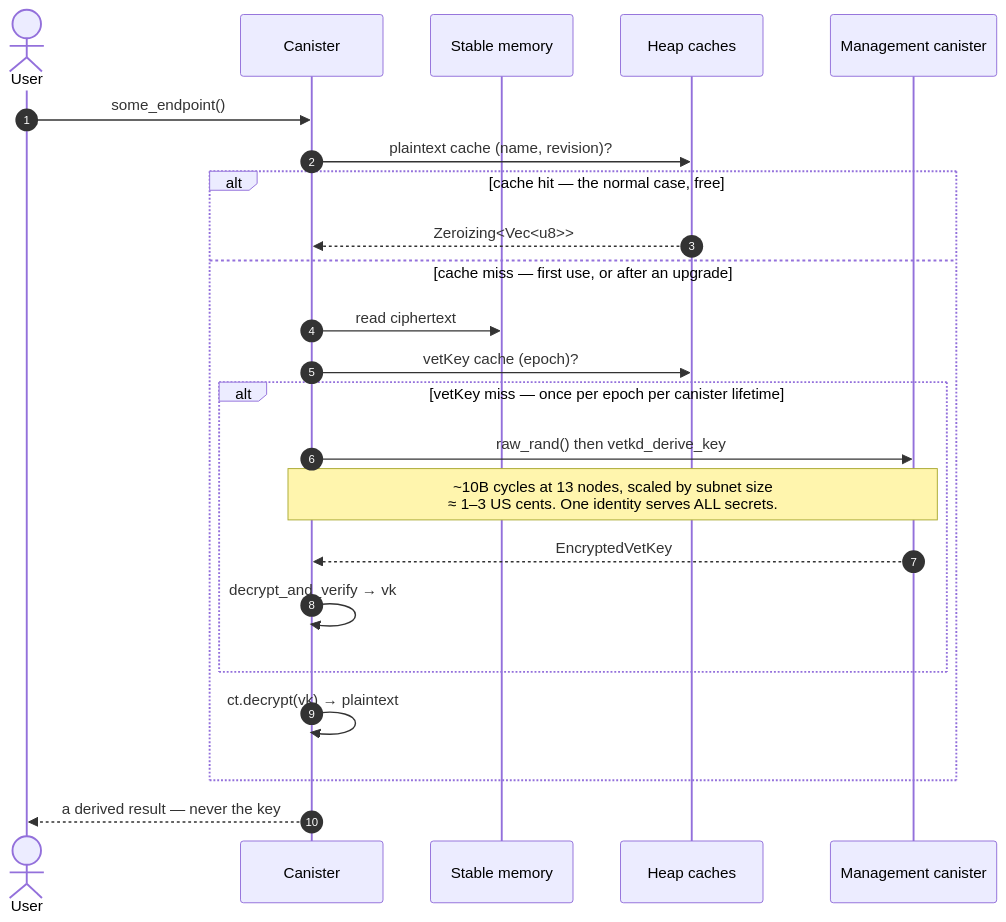
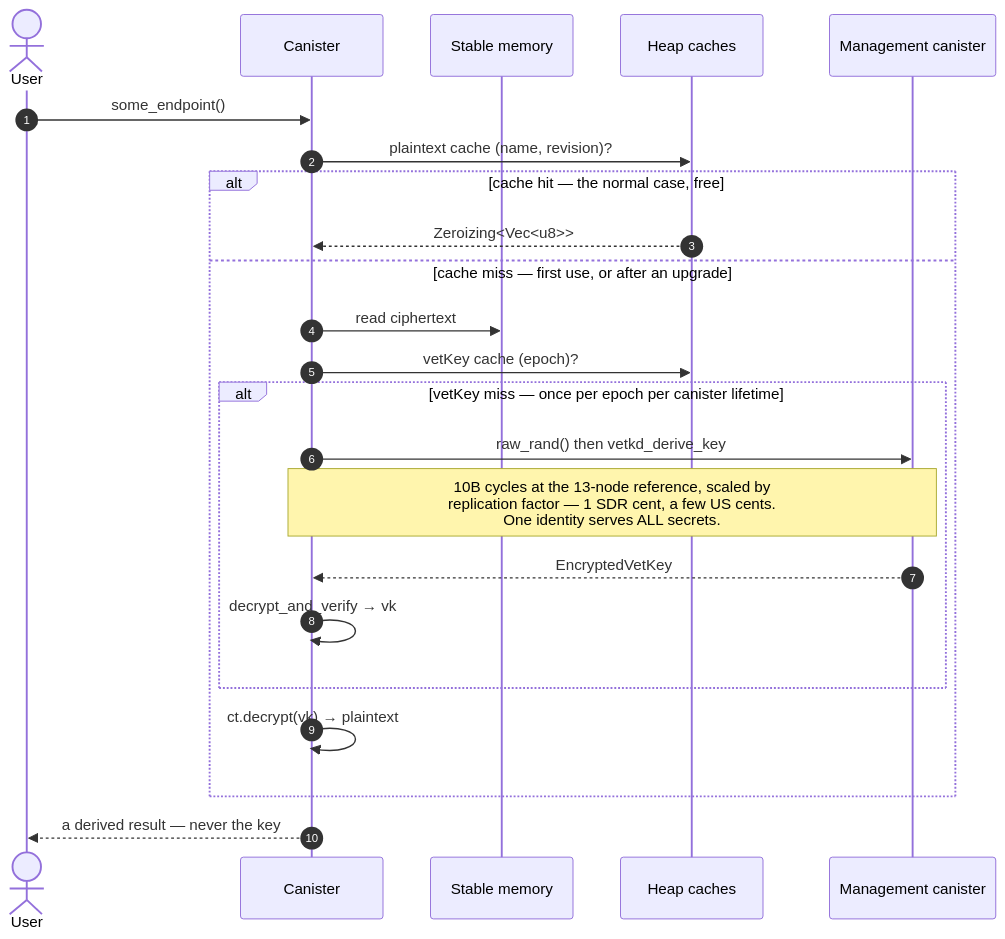
The second of 2 diagrams in README.md (marc0olo/icp-seeding-secrets-poc), drawn with Mermaid before and after one commit. The commit also changed other lines of this file and 5 other files, not shown here.

````diff
--- a/README.md
+++ b/README.md
@@ -123,26 +123,26 @@
 ```mermaid
 sequenceDiagram
     autonumber
     actor User
     participant Can as Canister
     participant Stable as Stable memory
     participant Heap as Heap caches
     participant Mgmt as Management canister
 
     User->>Can: some_endpoint()
     Can->>Heap: plaintext cache (name, revision)?
     alt cache hit — the normal case, free
         Heap-->>Can: Zeroizing<Vec<u8>>
     else cache miss — first use, or after an upgrade
         Can->>Stable: read ciphertext
         Can->>Heap: vetKey cache (epoch)?
         alt vetKey miss — once per epoch per canister lifetime
             Can->>Mgmt: raw_rand() then vetkd_derive_key
-            Note over Can,Mgmt: ~10B cycles at 13 nodes, scaled by subnet size<br/>≈ 1–3 US cents. One identity serves ALL secrets.
+            Note over Can,Mgmt: 10B cycles at the 13-node reference, scaled by<br/>replication factor — 1 SDR cent, a few US cents.<br/>One identity serves ALL secrets.
             Mgmt-->>Can: EncryptedVetKey
             Can->>Can: decrypt_and_verify → vk
         end
         Can->>Can: ct.decrypt(vk) → plaintext
     end
     Can-->>User: a derived result — never the key
 ```
````
